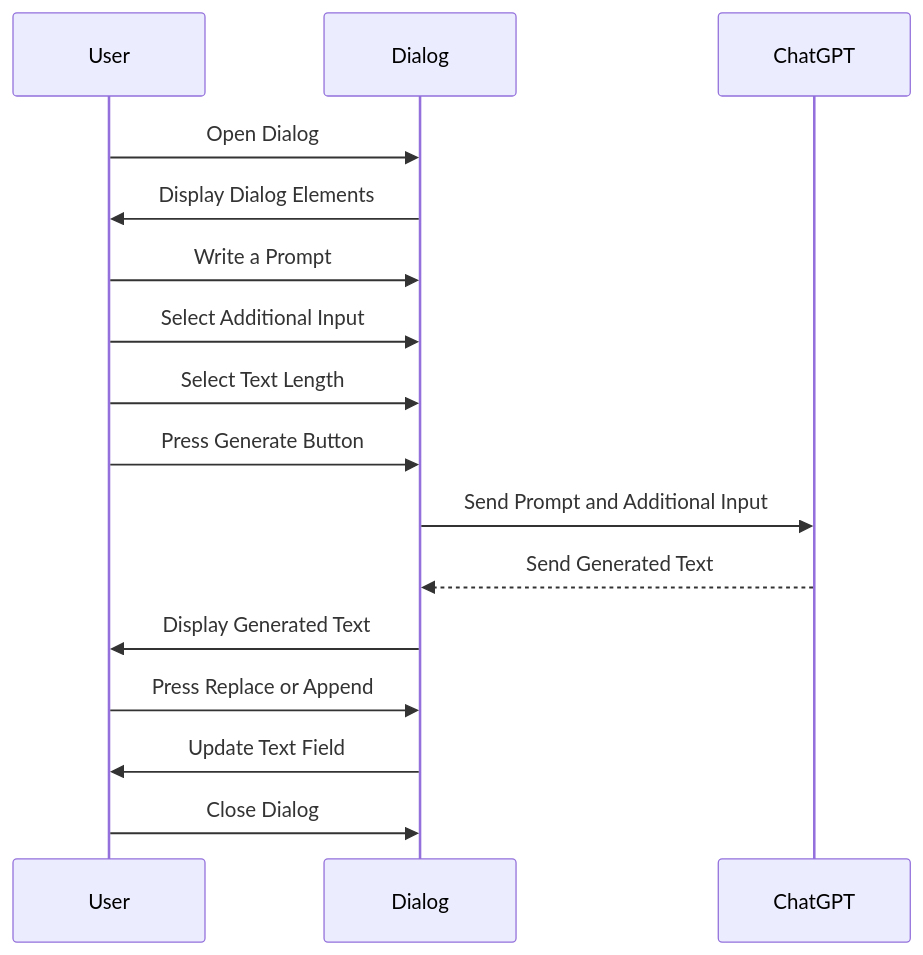
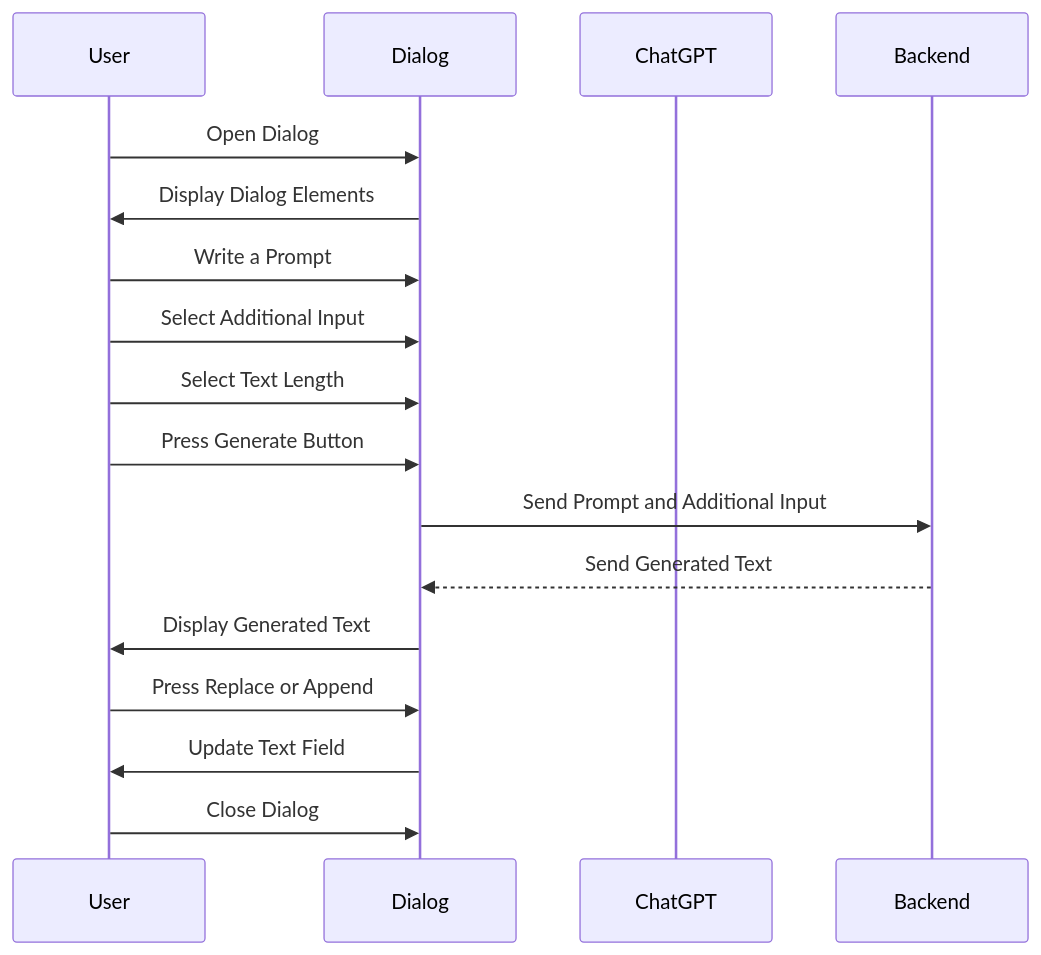
Before and after one commit to ist-dresden/composum-AI: the diagram in featurespecs/1ContentCreationDialog.md, drawn with Mermaid. The commit also changed 5 other files, not shown here.

````diff
--- a/featurespecs/1ContentCreationDialog.md
+++ b/featurespecs/1ContentCreationDialog.md
@@ -285,18 +285,18 @@
 ```mermaid
 sequenceDiagram
     participant User
     participant Dialog
     participant ChatGPT
     User ->> Dialog: Open Dialog
     Dialog ->> User: Display Dialog Elements
     User ->> Dialog: Write a Prompt
     User ->> Dialog: Select Additional Input
     User ->> Dialog: Select Text Length
     User ->> Dialog: Press Generate Button
-    Dialog ->> ChatGPT: Send Prompt and Additional Input
-    ChatGPT -->> Dialog: Send Generated Text
+    Dialog ->> Backend: Send Prompt and Additional Input
+    Backend -->> Dialog: Send Generated Text
     Dialog ->> User: Display Generated Text
     User ->> Dialog: Press Replace or Append
     Dialog ->> User: Update Text Field
     User ->> Dialog: Close Dialog
 ```
````
